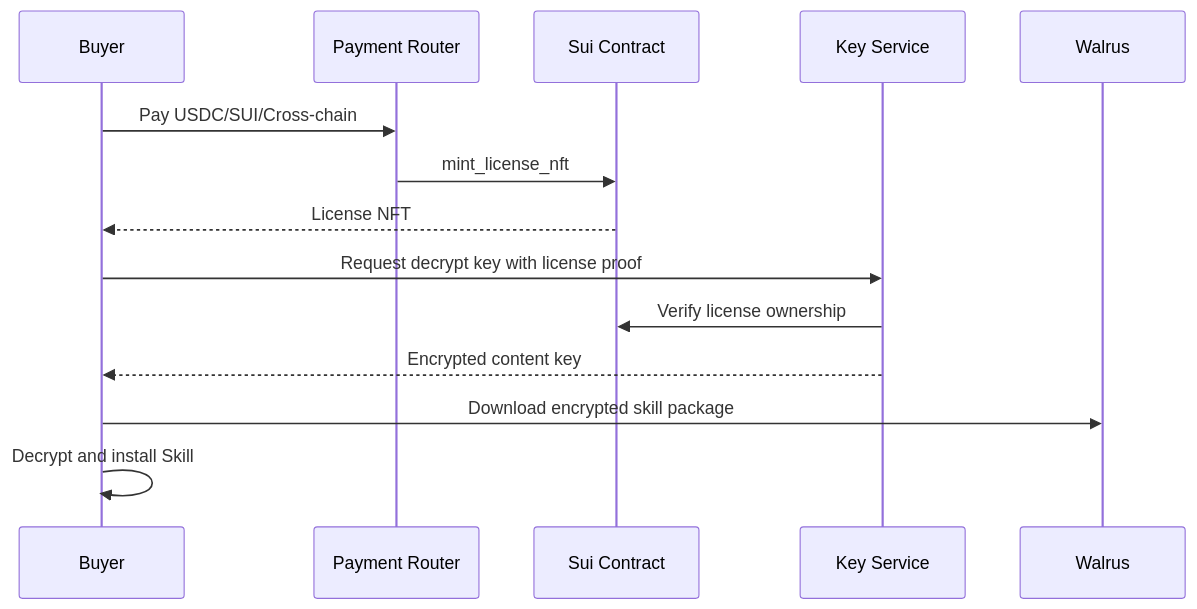
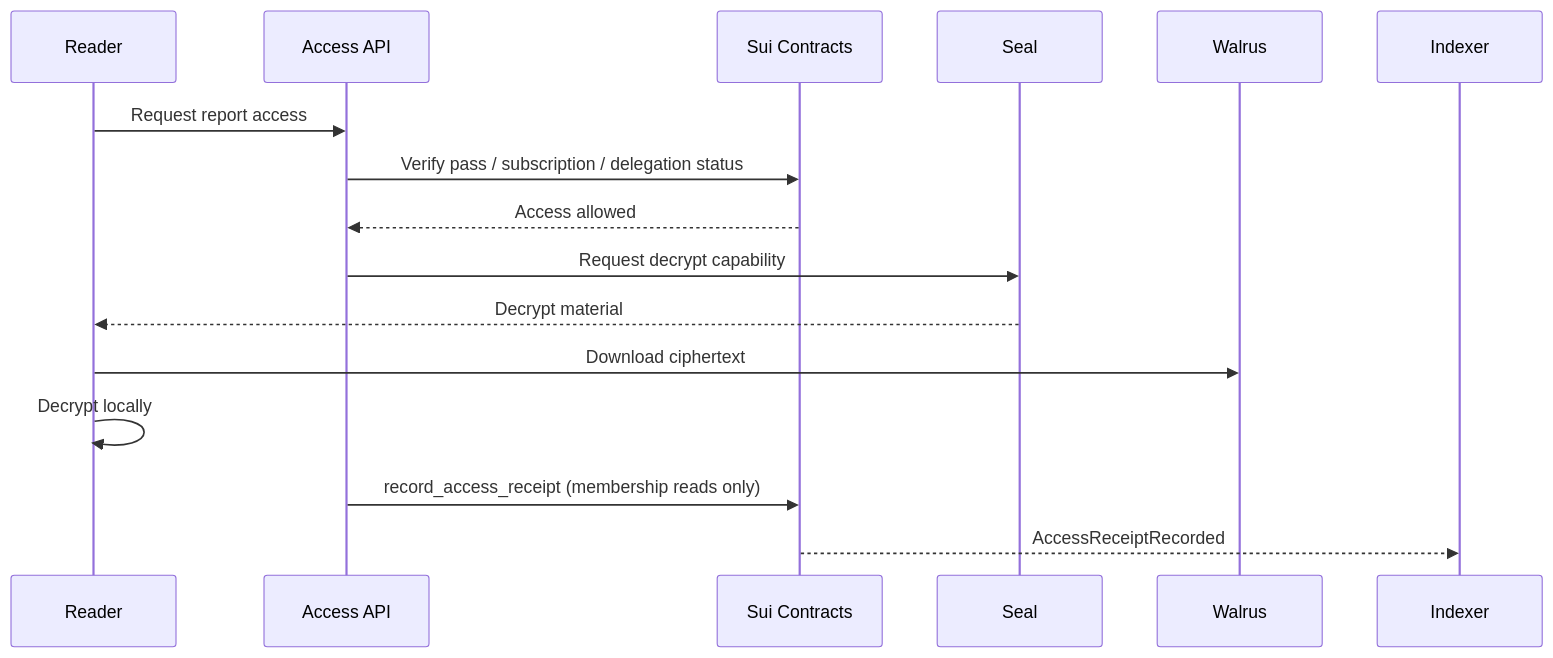
The diagram in docs/08-tokenomics-nft.md (Euraxluo/research-network), drawn with Mermaid before and after one commit. The commit also changed other lines of this file and 92 other files, not shown here.

Commit message:
checkpoint: seal access protocol refactor

````diff
--- a/docs/08-tokenomics-nft.md
+++ b/docs/08-tokenomics-nft.md
@@ -237,17 +198,19 @@
 ```mermaid
 sequenceDiagram
-    participant Buyer
-    participant Pay as Payment Router
-    participant Sui as Sui Contract
-    participant KMS as Key Service
+    participant Reader
+    participant API as Access API
+    participant Sui as Sui Contracts
+    participant Seal
     participant Walrus
+    participant IDX as Indexer
 
-    Buyer->>Pay: Pay USDC/SUI/Cross-chain
-    Pay->>Sui: mint_license_nft
-    Sui-->>Buyer: License NFT
-    Buyer->>KMS: Request decrypt key with license proof
-    KMS->>Sui: Verify license ownership
-    KMS-->>Buyer: Encrypted content key
-    Buyer->>Walrus: Download encrypted skill package
-    Buyer->>Buyer: Decrypt and install Skill
+    Reader->>API: Request report access
+    API->>Sui: Verify pass / subscription / delegation status
+    Sui-->>API: Access allowed
+    API->>Seal: Request decrypt capability
+    Seal-->>Reader: Decrypt material
+    Reader->>Walrus: Download ciphertext
+    Reader->>Reader: Decrypt locally
+    API->>Sui: record_access_receipt (membership reads only)
+    Sui-->>IDX: AccessReceiptRecorded
 ```
````
